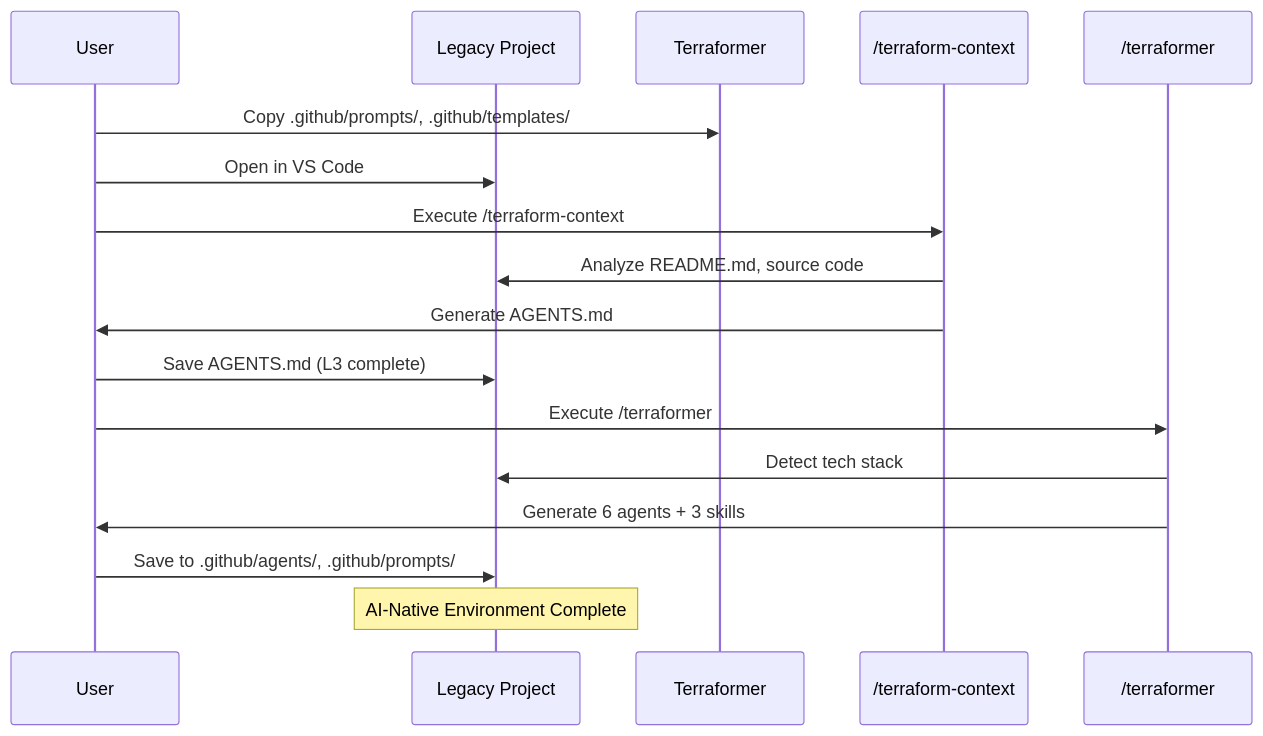
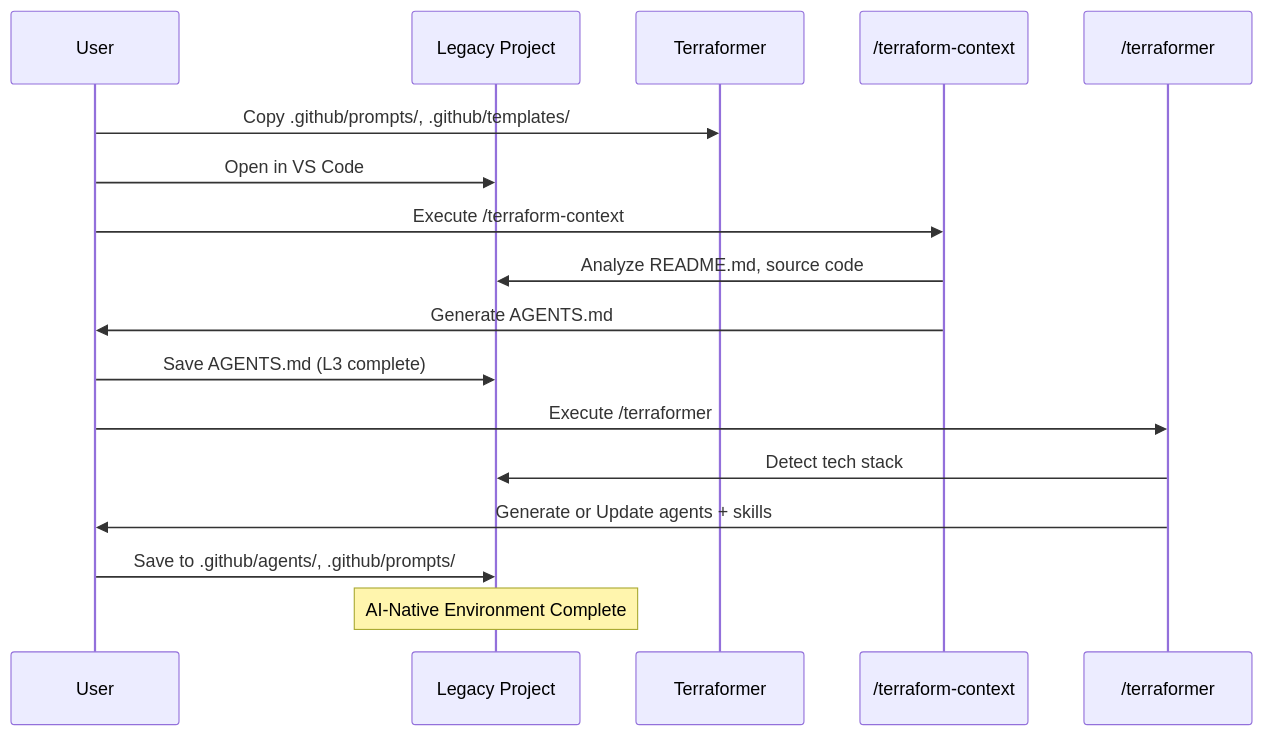
One commit to LongbowXXX/terraformer changed the second of 14 diagrams in agents-docs/key-flows.md. Above: the diagram before and after it, drawn with Mermaid. The commit also changed other lines of this file and 1 other file, not shown here.

Commit message:
docs: add comprehensive documentation for Terraformer's key functional flows and use cases.

````diff
--- a/agents-docs/key-flows.md
+++ b/agents-docs/key-flows.md
@@ -49,22 +49,22 @@
 ```mermaid
 sequenceDiagram
     participant U as User
     participant LP as Legacy Project
     participant TF as Terraformer
     participant TC as /terraform-context
     participant TE as /terraformer
 
     U->>TF: Copy .github/prompts/, .github/templates/
     U->>LP: Open in VS Code
     U->>TC: Execute /terraform-context
     TC->>LP: Analyze README.md, source code
     TC->>U: Generate AGENTS.md
     U->>LP: Save AGENTS.md (L3 complete)
 
     U->>TE: Execute /terraformer
     TE->>LP: Detect tech stack
-    TE->>U: Generate 6 agents + 3 skills
+    TE->>U: Generate or Update agents + skills
     U->>LP: Save to .github/agents/, .github/prompts/
 
     Note over LP: AI-Native Environment Complete
 ```
````
